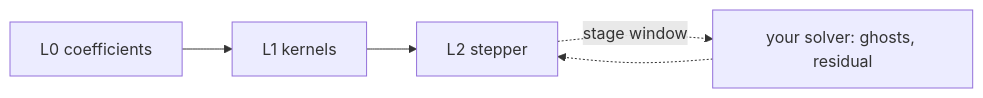
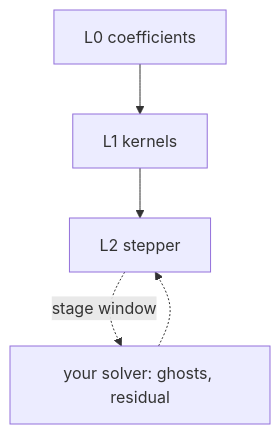
The diagram in docs/guide/index.md (szaghi/SELAH), drawn with Mermaid before and after one commit. The commit also changed 5 other files, not shown here.

````diff
--- a/docs/guide/index.md
+++ b/docs/guide/index.md
@@ -20,6 +20,6 @@
 ```mermaid
-flowchart LR
+flowchart TD
   L0[L0 coefficients] --> L1[L1 kernels] --> L2[L2 stepper]
   L2 -.->|stage window| S[your solver: ghosts, residual]
   S -.-> L2
 ```
````
